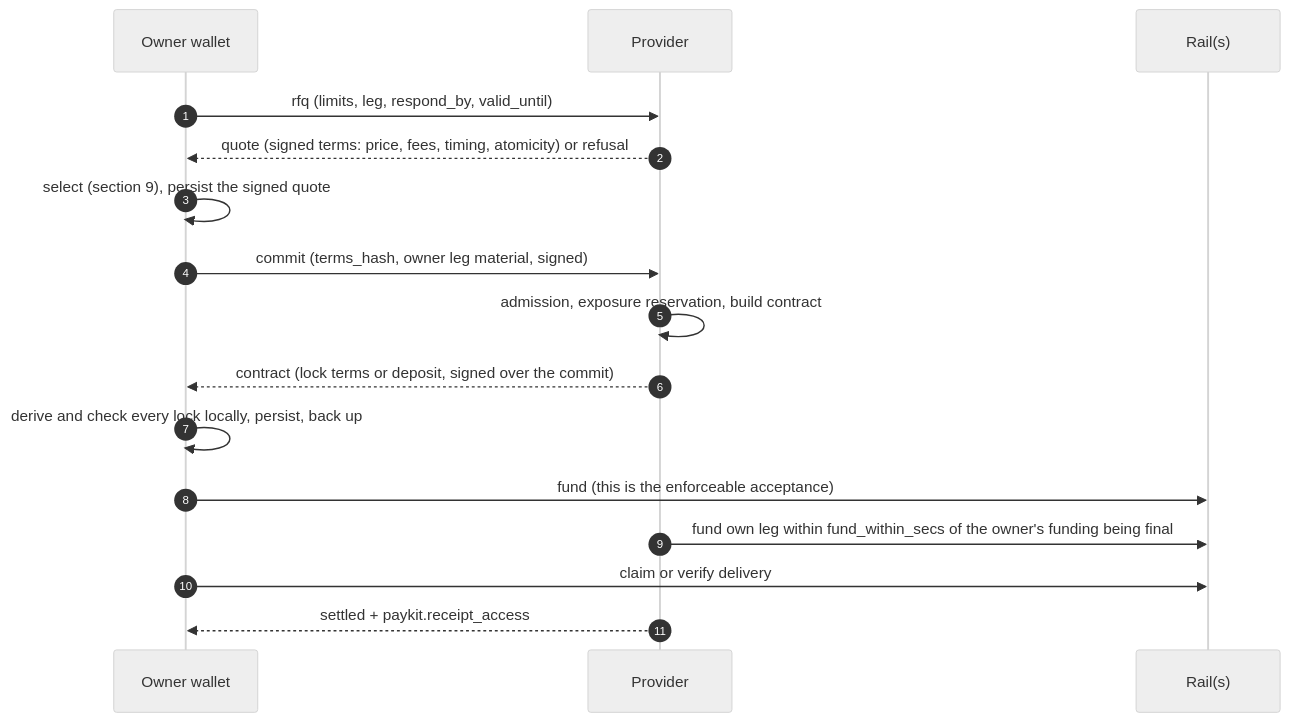
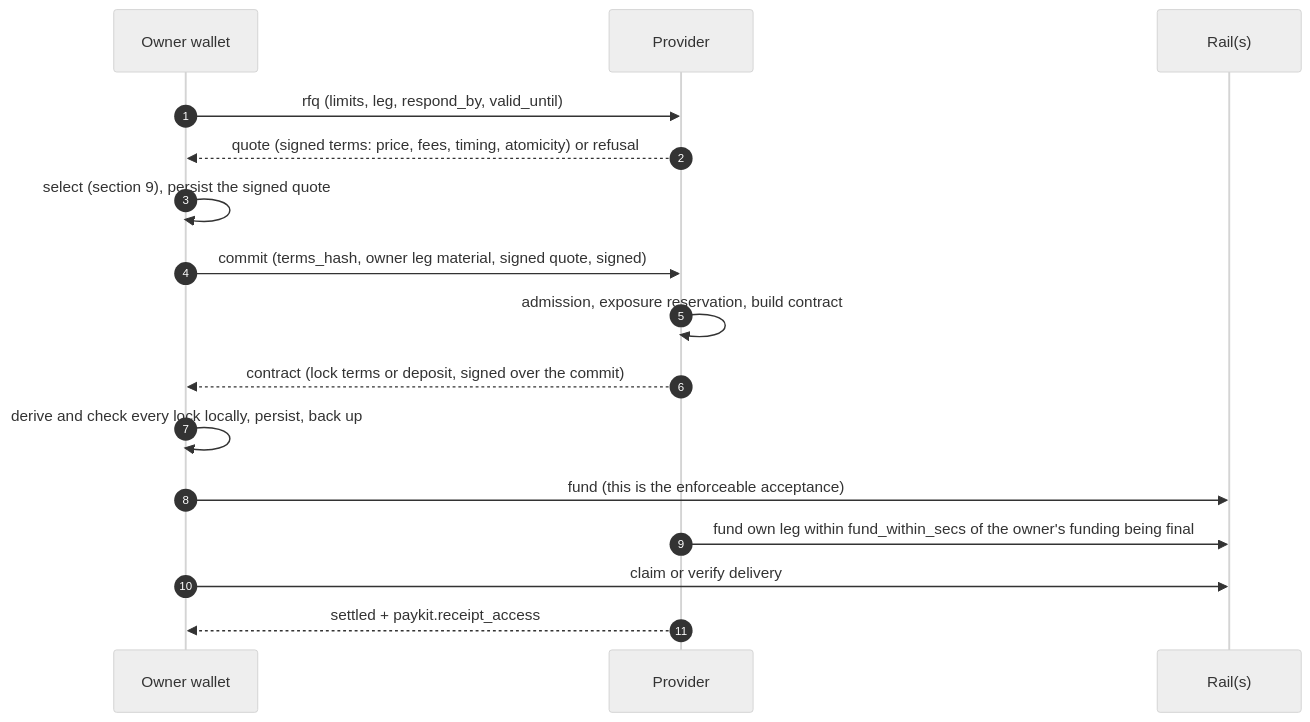
Before and after one commit to BitcoinErrorLog/paykit-server: the second of 2 diagrams in docs/paykit-capabilities.md, drawn with Mermaid (neutral theme). The commit also changed other lines of this file, not shown here.

````diff
--- a/docs/paykit-capabilities.md
+++ b/docs/paykit-capabilities.md
@@ -272,18 +311,18 @@
 ```mermaid
 sequenceDiagram
     autonumber
     participant O as Owner wallet
     participant P as Provider
     participant RAIL as Rail(s)
     O->>P: rfq (limits, leg, respond_by, valid_until)
     P-->>O: quote (signed terms: price, fees, timing, atomicity) or refusal
     O->>O: select (section 9), persist the signed quote
-    O->>P: commit (terms_hash, owner leg material, signed)
+    O->>P: commit (terms_hash, owner leg material, signed quote, signed)
     P->>P: admission, exposure reservation, build contract
     P-->>O: contract (lock terms or deposit, signed over the commit)
     O->>O: derive and check every lock locally, persist, back up
     O->>RAIL: fund (this is the enforceable acceptance)
     P->>RAIL: fund own leg within fund_within_secs of the owner's funding being final
     O->>RAIL: claim or verify delivery
     P-->>O: settled + paykit.receipt_access
 ```
````
